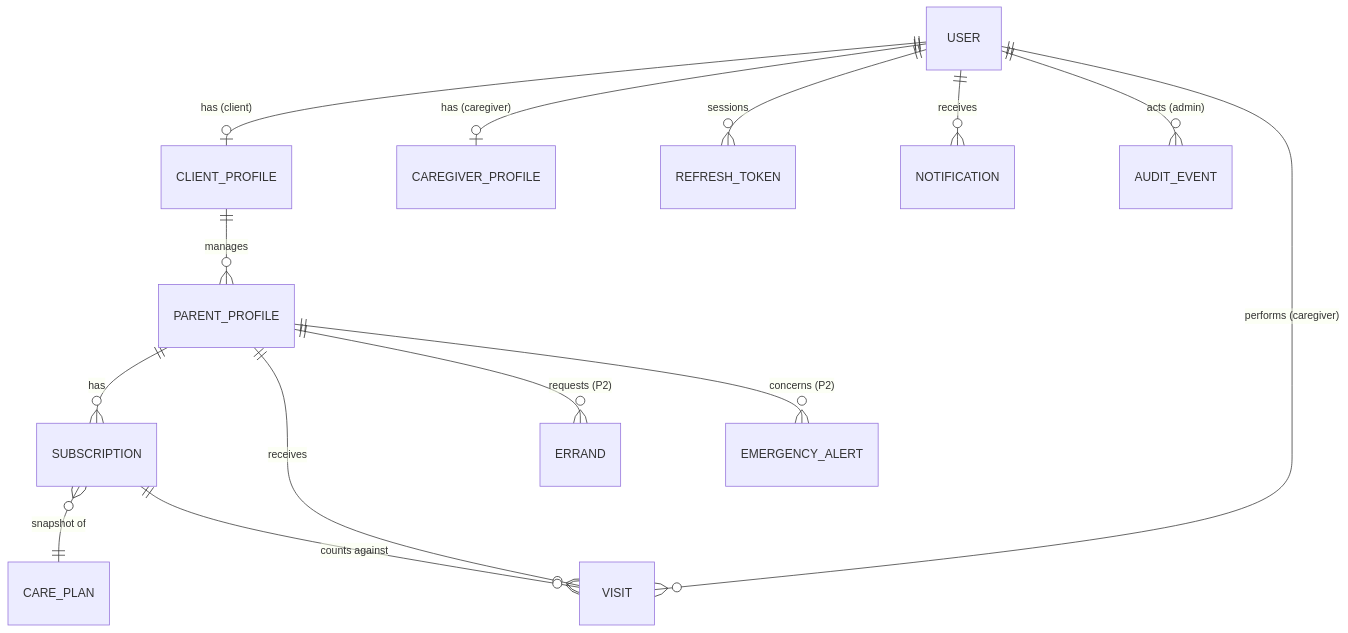
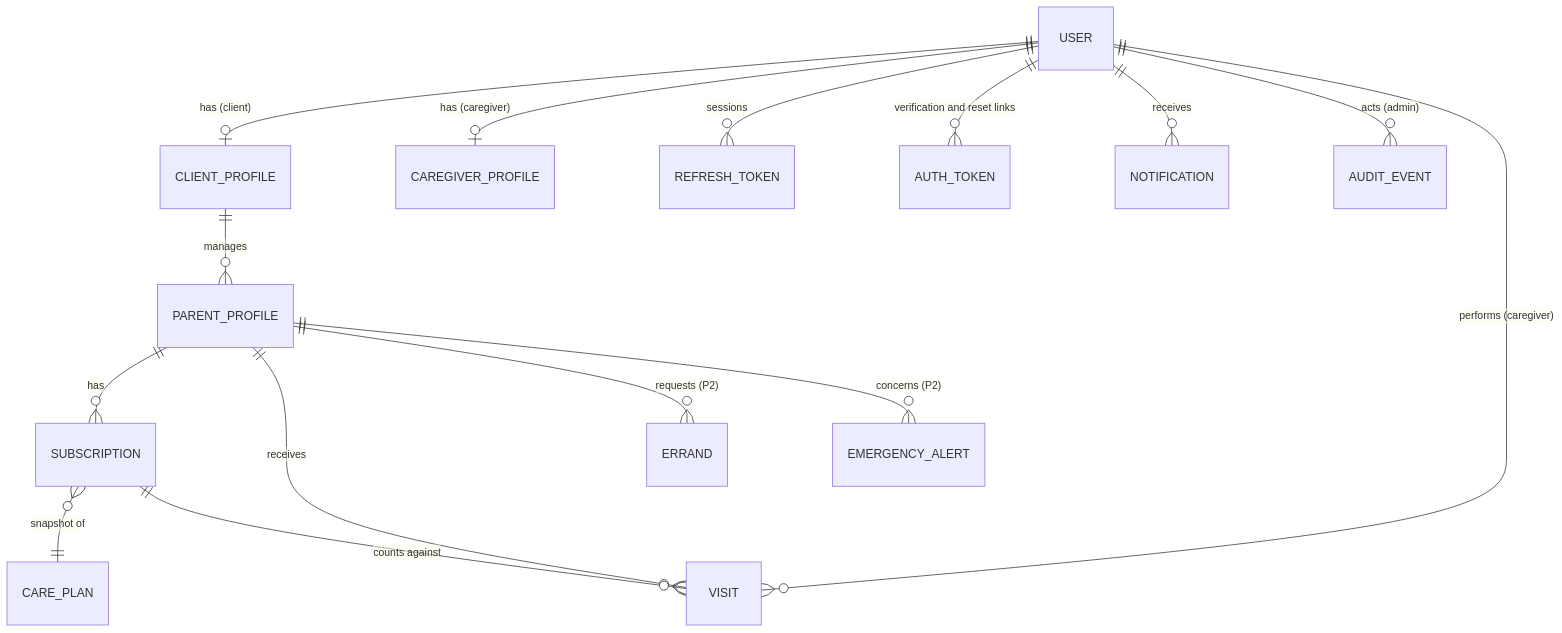
One commit to KhuzaimaMamoon/rozvisit changed the first of 2 diagrams in docs/11_Database_Design.md. Above: the diagram before and after it, drawn with Mermaid. The commit also changed other lines of this file and 35 other files, not shown here.

First line of the commit message:
feat(auth): implement secure authentication flows

````diff
--- a/docs/11_Database_Design.md
+++ b/docs/11_Database_Design.md
@@ -214,16 +226,17 @@
 ```mermaid
 erDiagram
     USER ||--o| CLIENT_PROFILE : "has (client)"
     USER ||--o| CAREGIVER_PROFILE : "has (caregiver)"
     USER ||--o{ REFRESH_TOKEN : "sessions"
+    USER ||--o{ AUTH_TOKEN : "verification and reset links"
     USER ||--o{ NOTIFICATION : "receives"
     USER ||--o{ AUDIT_EVENT : "acts (admin)"
     CLIENT_PROFILE ||--o{ PARENT_PROFILE : "manages"
     PARENT_PROFILE ||--o{ SUBSCRIPTION : "has"
     SUBSCRIPTION }o--|| CARE_PLAN : "snapshot of"
     PARENT_PROFILE ||--o{ VISIT : "receives"
     USER ||--o{ VISIT : "performs (caregiver)"
     SUBSCRIPTION ||--o{ VISIT : "counts against"
     PARENT_PROFILE ||--o{ ERRAND : "requests (P2)"
     PARENT_PROFILE ||--o{ EMERGENCY_ALERT : "concerns (P2)"
 ```
````
